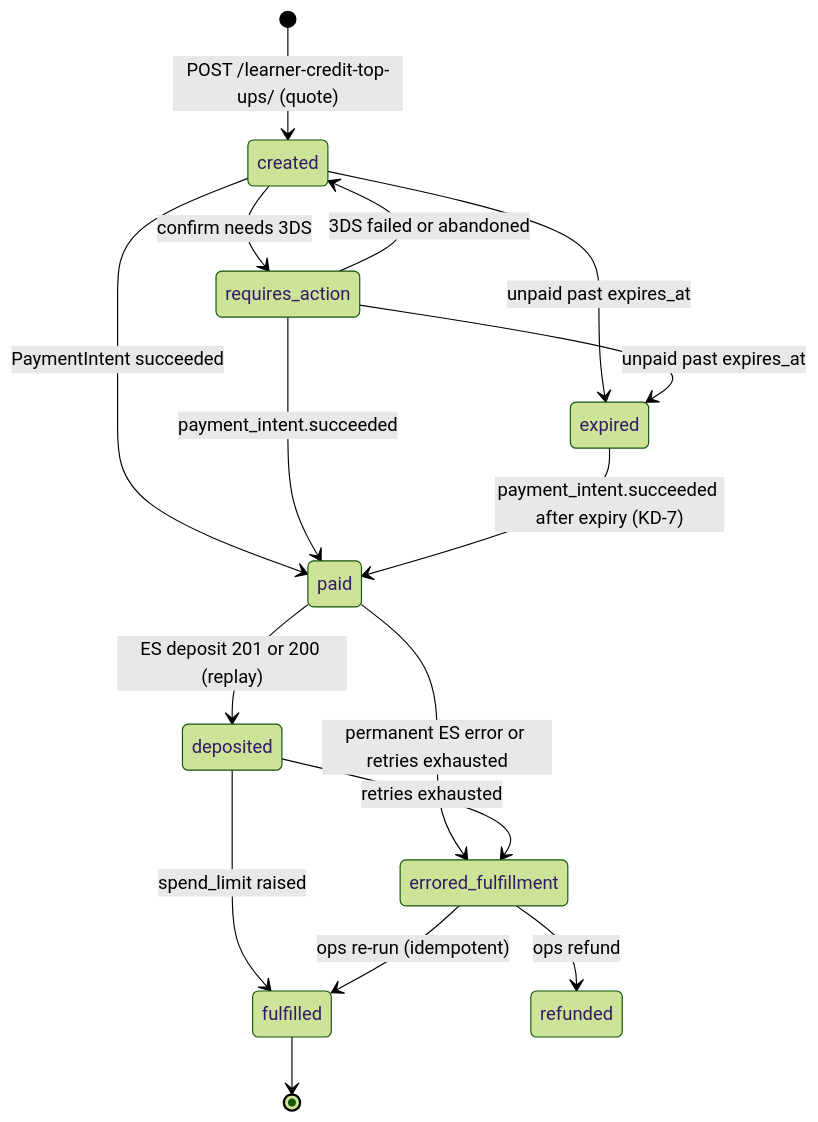
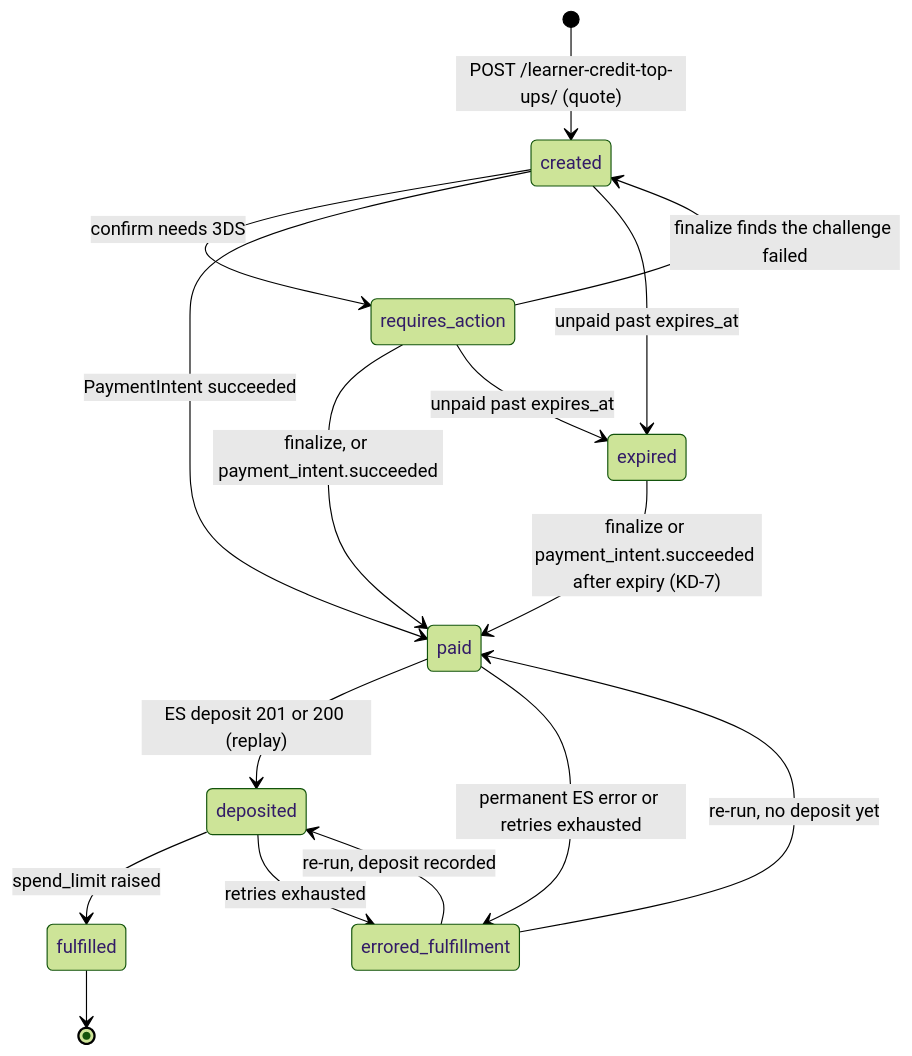
The second of 5 diagrams in docs/plans/tech-spec.md (edx/enterprise-access), drawn with Mermaid (forest theme) before and after one commit. The commit also changed other lines of this file and 1 other file, not shown here.

````diff
--- a/docs/plans/tech-spec.md
+++ b/docs/plans/tech-spec.md
@@ -665,18 +677,18 @@
 ```mermaid
 stateDiagram-v2
     [*] --> created: POST /learner-credit-top-ups/ (quote)
     created --> requires_action: confirm needs 3DS
-    requires_action --> created: 3DS failed or abandoned
+    requires_action --> created: finalize finds the challenge failed
     created --> paid: PaymentIntent succeeded
-    requires_action --> paid: payment_intent.succeeded
+    requires_action --> paid: finalize, or payment_intent.succeeded
     created --> expired: unpaid past expires_at
     requires_action --> expired: unpaid past expires_at
-    expired --> paid: payment_intent.succeeded after expiry (KD-7)
+    expired --> paid: finalize or payment_intent.succeeded after expiry (KD-7)
     paid --> deposited: ES deposit 201 or 200 (replay)
     deposited --> fulfilled: spend_limit raised
     paid --> errored_fulfillment: permanent ES error or retries exhausted
     deposited --> errored_fulfillment: retries exhausted
-    errored_fulfillment --> fulfilled: ops re-run (idempotent)
-    errored_fulfillment --> refunded: ops refund
+    errored_fulfillment --> paid: re-run, no deposit yet
+    errored_fulfillment --> deposited: re-run, deposit recorded
     fulfilled --> [*]
 ```
````
